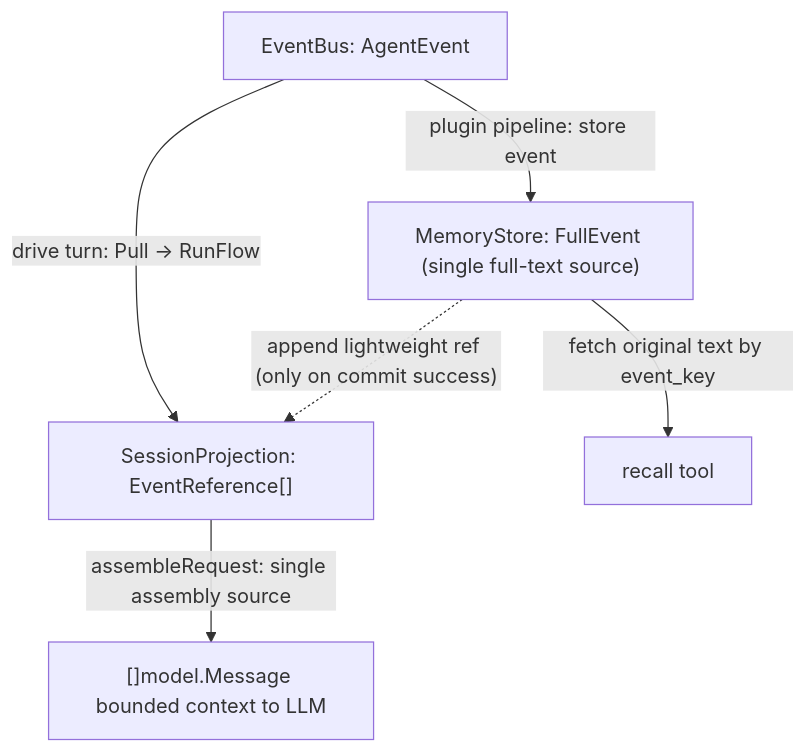
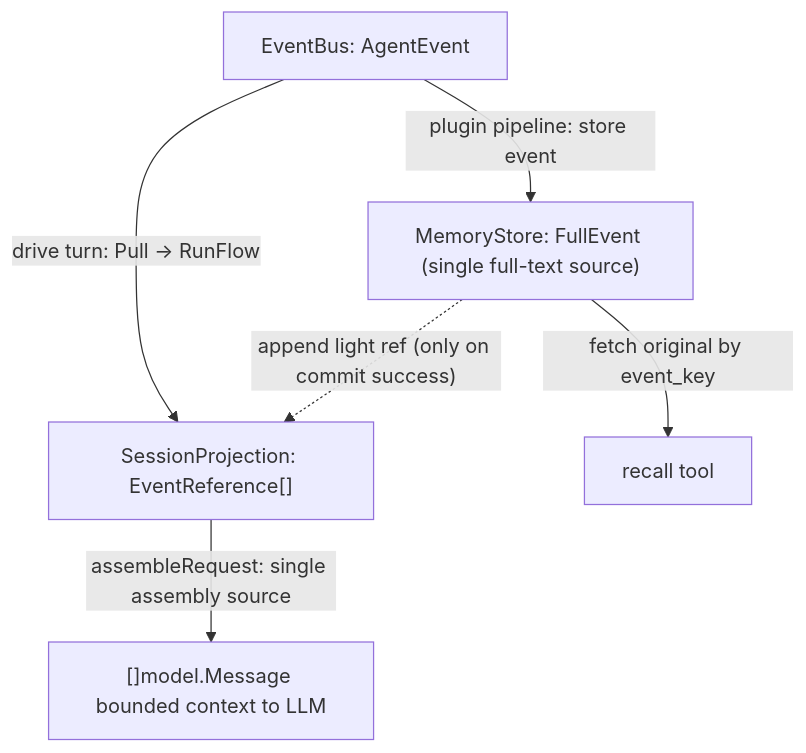
Before and after one commit to SpellingDragon/tagent: the first of 2 diagrams in README_EN.md, drawn with Mermaid. The commit also changed other lines of this file and 1 other file, not shown here.

````diff
--- a/README_EN.md
+++ b/README_EN.md
@@ -38,13 +103,13 @@
 ```mermaid
 graph TB
     EB["EventBus: AgentEvent"]
     SP["SessionProjection: EventReference[]"]
     MS["MemoryStore: FullEvent (single full-text source)"]
     LLM["[]model.Message bounded context to LLM"]
     TOOL["recall tool"]
     EB -->|drive turn: Pull → RunFlow| SP
     EB -->|plugin pipeline: store event| MS
-    MS -.append lightweight ref (only on commit success).-> SP
+    MS -.append light ref (only on commit success).-> SP
     SP -->|assembleRequest: single assembly source| LLM
-    MS -->|fetch original text by event_key| TOOL
+    MS -->|fetch original by event_key| TOOL
 ```
````
